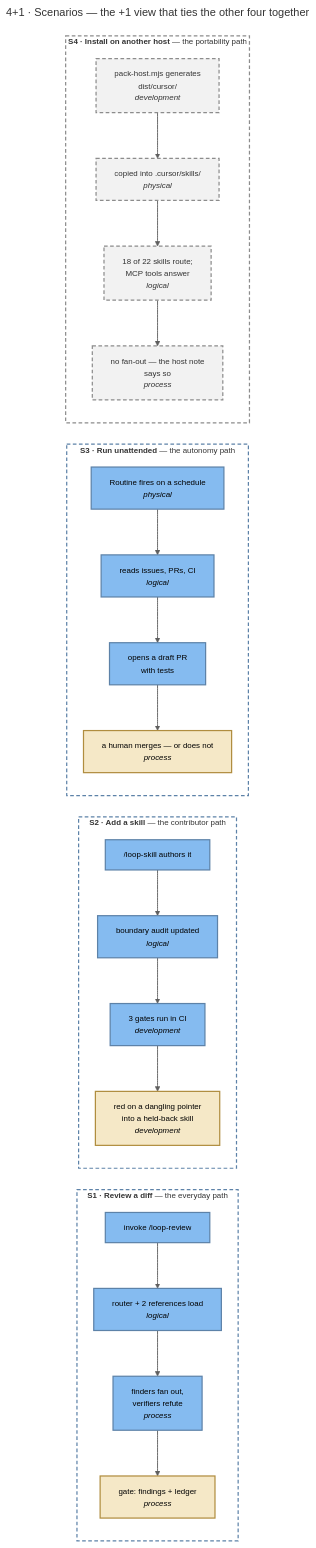
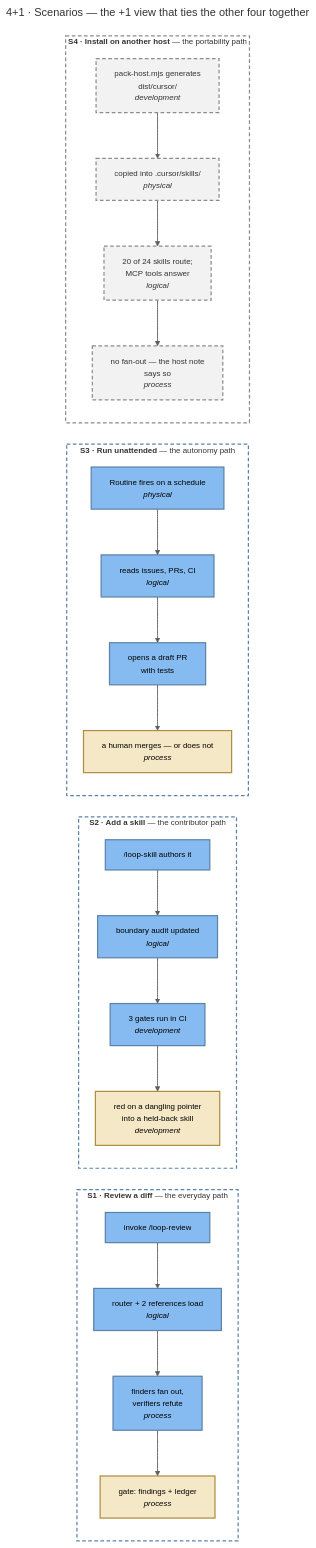
One commit to santapong/Proof changed the diagram in docs/c4/diagrams/src/view-scenarios.mmd. Above: the diagram before and after it, drawn with Mermaid. The commit also changed 16 other files, not shown here.

First line of the commit message:
Diagrams: redesign skill-composition for the 24-skill fleet; de-stale all sources

```diff
--- a/docs/c4/diagrams/src/view-scenarios.mmd
+++ b/docs/c4/diagrams/src/view-scenarios.mmd
@@ -1,36 +1,36 @@
 ---
 title: "4+1 · Scenarios — the +1 view that ties the other four together"
 ---
 %%{init: {"flowchart": {"curve": "basis", "nodeSpacing": 35, "rankSpacing": 50}, "themeVariables": {"fontFamily": "Segoe UI, Helvetica, Arial, sans-serif", "fontSize": "13px"}}}%%
 flowchart LR
     subgraph s1["<b>S1 · Review a diff</b> — the everyday path"]
         direction TB
         a1["invoke /loop-review"] --> a2["router + 2 references load<br/><i>logical</i>"] --> a3["finders fan out,<br/>verifiers refute<br/><i>process</i>"] --> a4["gate: findings + ledger<br/><i>process</i>"]
     end
 
     subgraph s2["<b>S2 · Add a skill</b> — the contributor path"]
         direction TB
         b1["/loop-skill authors it"] --> b2["boundary audit updated<br/><i>logical</i>"] --> b3["3 gates run in CI<br/><i>development</i>"] --> b4["red on a dangling pointer<br/>into a held-back skill<br/><i>development</i>"]
     end
 
     subgraph s3["<b>S3 · Run unattended</b> — the autonomy path"]
         direction TB
         c1["Routine fires on a schedule<br/><i>physical</i>"] --> c2["reads issues, PRs, CI<br/><i>logical</i>"] --> c3["opens a draft PR<br/>with tests"] --> c4["a human merges — or does not<br/><i>process</i>"]
     end
 
     subgraph s4["<b>S4 · Install on another host</b> — the portability path"]
         direction TB
-        d1["pack-host.mjs generates<br/>dist/cursor/<br/><i>development</i>"] --> d2["copied into .cursor/skills/<br/><i>physical</i>"] --> d3["18 of 22 skills route;<br/>MCP tools answer<br/><i>logical</i>"] --> d4["no fan-out — the host note<br/>says so<br/><i>process</i>"]
+        d1["pack-host.mjs generates<br/>dist/cursor/<br/><i>development</i>"] --> d2["copied into .cursor/skills/<br/><i>physical</i>"] --> d3["20 of 24 skills route;<br/>MCP tools answer<br/><i>logical</i>"] --> d4["no fan-out — the host note<br/>says so<br/><i>process</i>"]
     end
 
     classDef step fill:#85BBF0,stroke:#5D82A8,stroke-width:2px,color:#000
     classDef gatestep fill:#F5E8C7,stroke:#B08D3F,stroke-width:2px,color:#000
     classDef planned fill:#F2F2F2,stroke:#8C8C8C,stroke-width:2px,stroke-dasharray:6 4,color:#333
     class a1,a2,a3,b1,b2,b3,c1,c2,c3 step
     class a4,b4,c4 gatestep
     class d1,d2,d3,d4 planned
     style s1 fill:none,stroke:#5D82A8,stroke-width:2px,stroke-dasharray:6 4
     style s2 fill:none,stroke:#5D82A8,stroke-width:2px,stroke-dasharray:6 4
     style s3 fill:none,stroke:#5D82A8,stroke-width:2px,stroke-dasharray:6 4
     style s4 fill:none,stroke:#8C8C8C,stroke-width:2px,stroke-dasharray:6 4
     linkStyle default stroke:#5F5F5F,stroke-width:1.5px,color:#333
```
